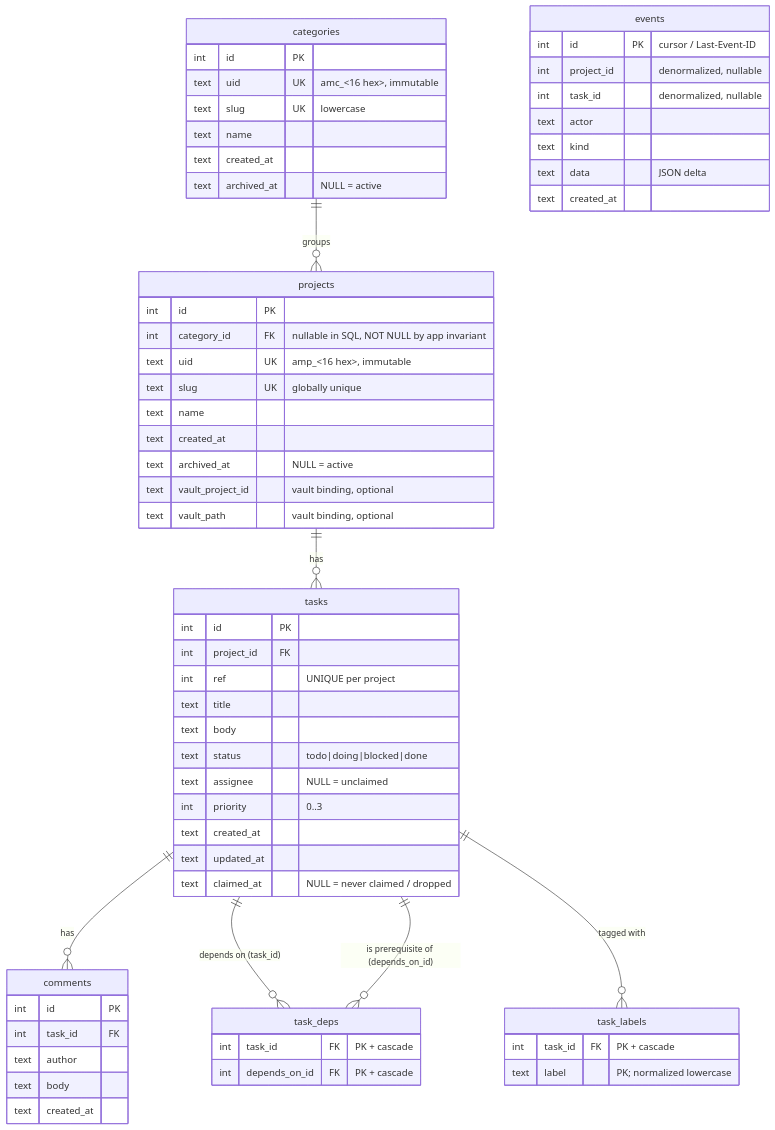
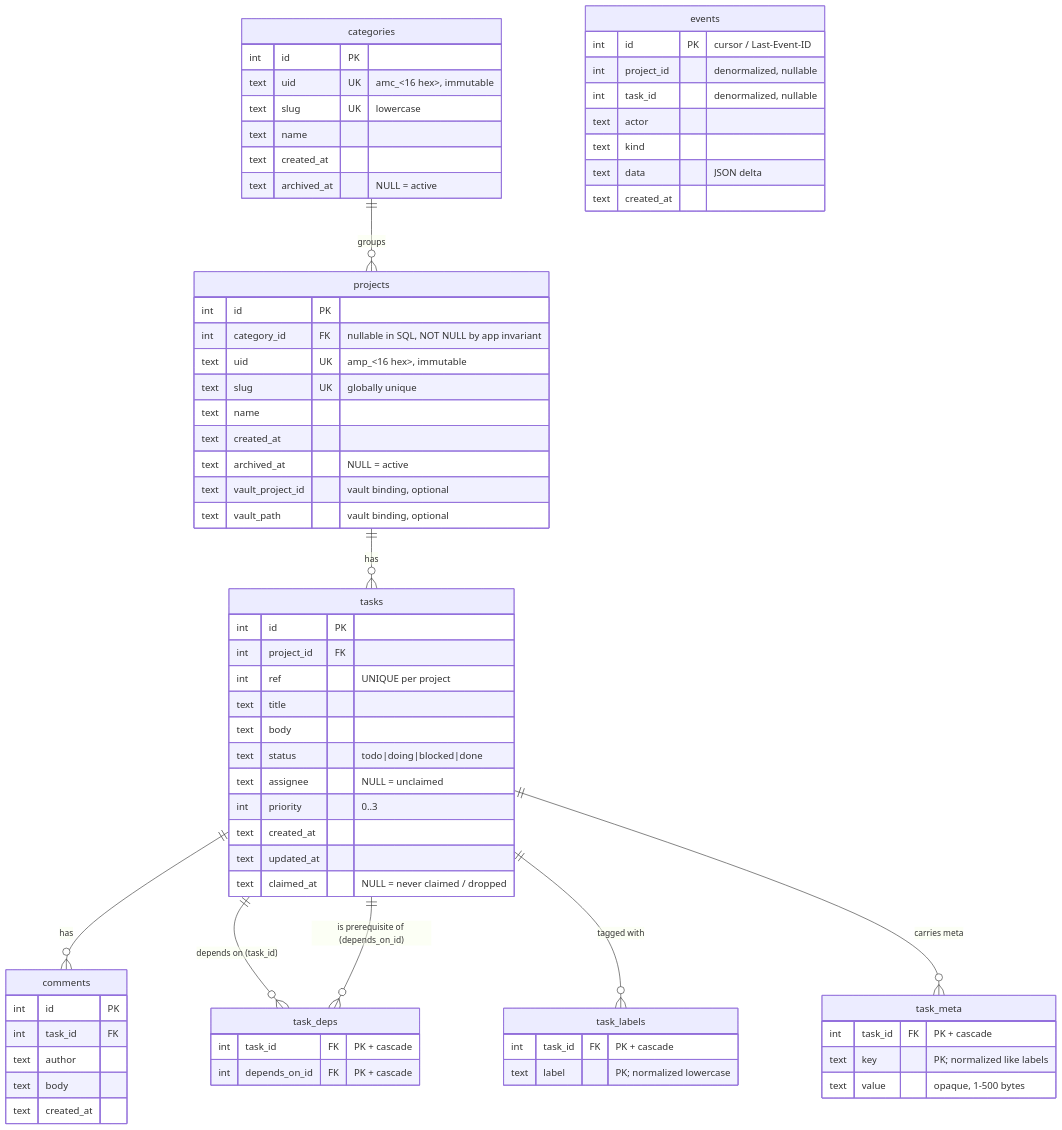
One commit to RamiAltai/agentman changed the diagram in architecture/data-model.md. Above: the diagram before and after it, drawn with Mermaid. The commit also changed other lines of this file and 15 other files, not shown here.

````diff
--- a/architecture/data-model.md
+++ b/architecture/data-model.md
@@ -251,65 +277,71 @@
 ```mermaid
 erDiagram
   categories ||--o{ projects : "groups"
   projects ||--o{ tasks : "has"
   tasks ||--o{ comments : "has"
   tasks ||--o{ task_deps : "depends on (task_id)"
   tasks ||--o{ task_deps : "is prerequisite of (depends_on_id)"
   tasks ||--o{ task_labels : "tagged with"
+  tasks ||--o{ task_meta : "carries meta"
   categories {
     int id PK
     text uid UK "amc_<16 hex>, immutable"
     text slug UK "lowercase"
     text name
     text created_at
     text archived_at "NULL = active"
   }
   projects {
     int id PK
     int category_id FK "nullable in SQL, NOT NULL by app invariant"
     text uid UK "amp_<16 hex>, immutable"
     text slug UK "globally unique"
     text name
     text created_at
     text archived_at "NULL = active"
     text vault_project_id "vault binding, optional"
     text vault_path "vault binding, optional"
   }
   tasks {
     int id PK
     int project_id FK
     int ref "UNIQUE per project"
     text title
     text body
     text status "todo|doing|blocked|done"
     text assignee "NULL = unclaimed"
     int priority "0..3"
     text created_at
     text updated_at
     text claimed_at "NULL = never claimed / dropped"
   }
   task_deps {
     int task_id FK "PK + cascade"
     int depends_on_id FK "PK + cascade"
   }
   task_labels {
     int task_id FK "PK + cascade"
     text label "PK; normalized lowercase"
   }
+  task_meta {
+    int task_id FK "PK + cascade"
+    text key "PK; normalized like labels"
+    text value "opaque, 1-500 bytes"
+  }
   comments {
     int id PK
     int task_id FK
     text author
     text body
     text created_at
   }
   events {
     int id PK "cursor / Last-Event-ID"
     int project_id "denormalized, nullable"
     int task_id "denormalized, nullable"
     text actor
     text kind
     text data "JSON delta"
     text created_at
   }
 ```
````
